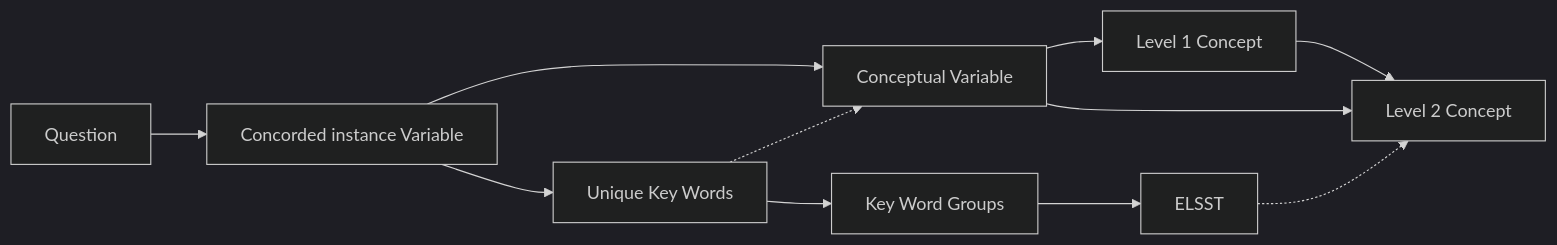
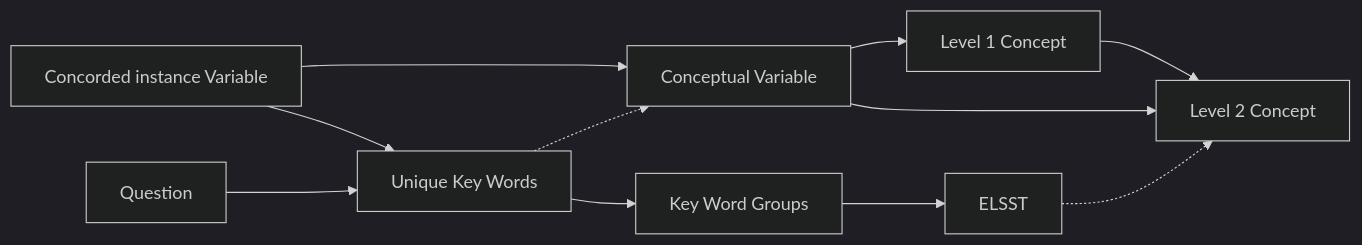
The diagram in README.md (CLOSER-Cohorts/closer-vocabulary-2026), drawn with Mermaid (dark theme) before and after one commit. The commit also changed other lines of this file, not shown here.

````diff
--- a/README.md
+++ b/README.md
@@ -7,17 +7,16 @@
 ``` mermaid
 
 flowchart LR
 
  L1[Level 1 Concept] --> L2[Level 2 Concept]
  IV[Concorded instance Variable] --> CV
  CV[Conceptual Variable] -->L1
  CV[Conceptual Variable] -->L2
  IV --> KWP[Unique Key Words]
  KWP --> KWPG[Key Word Groups]
  KWPG --> ELSST
-
  ELSST -.-> L2
- Question --> IV
+ Question --> KWP
  KWP -.-> CV
 
 ```
````
